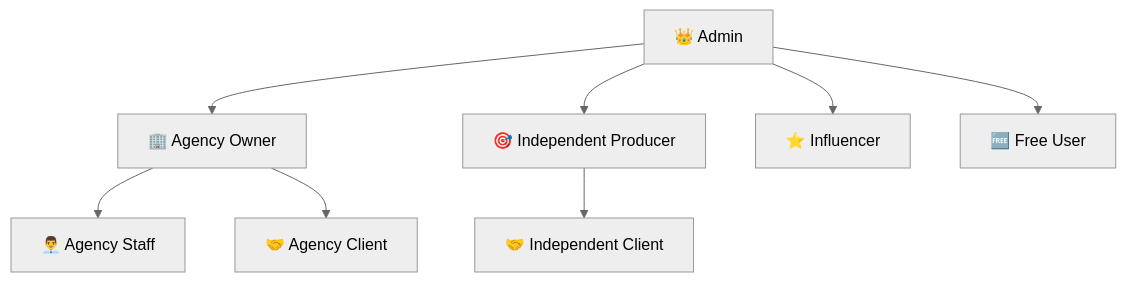
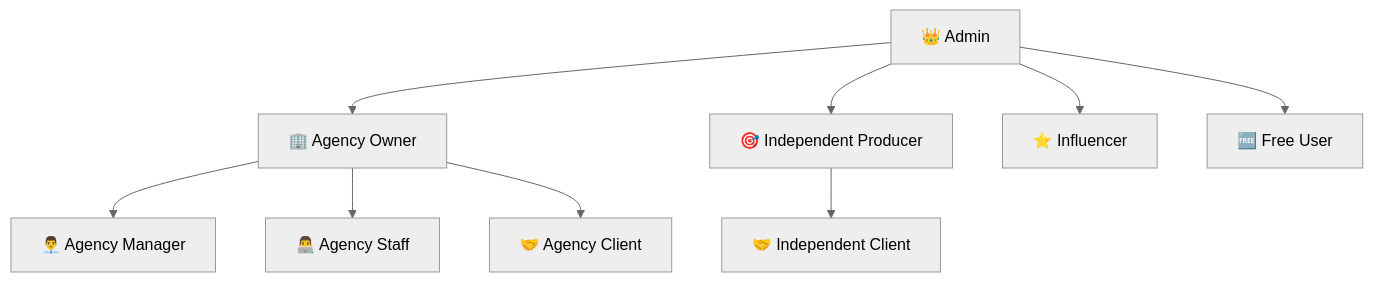
Before and after one commit to FragazBR/fvstudiosdash: the diagram in README.md, drawn with Mermaid (neutral theme). The commit also changed other lines of this file and 5 other files, not shown here.

````diff
--- a/README.md
+++ b/README.md
@@ -21,12 +21,13 @@
 ```mermaid
 graph TD
     A[👑 Admin] --> B[🏢 Agency Owner]
     A --> E[🎯 Independent Producer] 
     A --> G[⭐ Influencer]
     A --> H[🆓 Free User]
     
-    B --> C[👨‍💼 Agency Staff]
-    B --> D[🤝 Agency Client]
+    B --> C[👨‍💼 Agency Manager]
+    B --> D[👨‍💻 Agency Staff]
+    B --> F[🤝 Agency Client]
     
-    E --> F[🤝 Independent Client]
+    E --> I[🤝 Independent Client]
 ```
````
